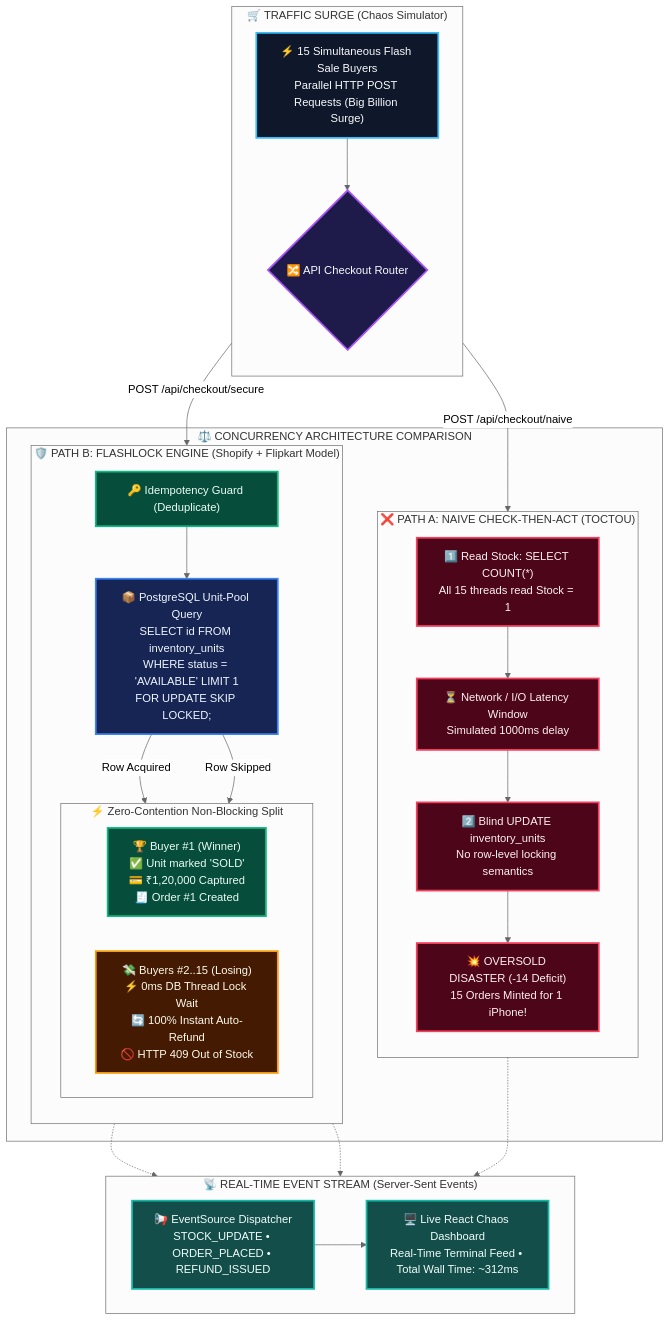
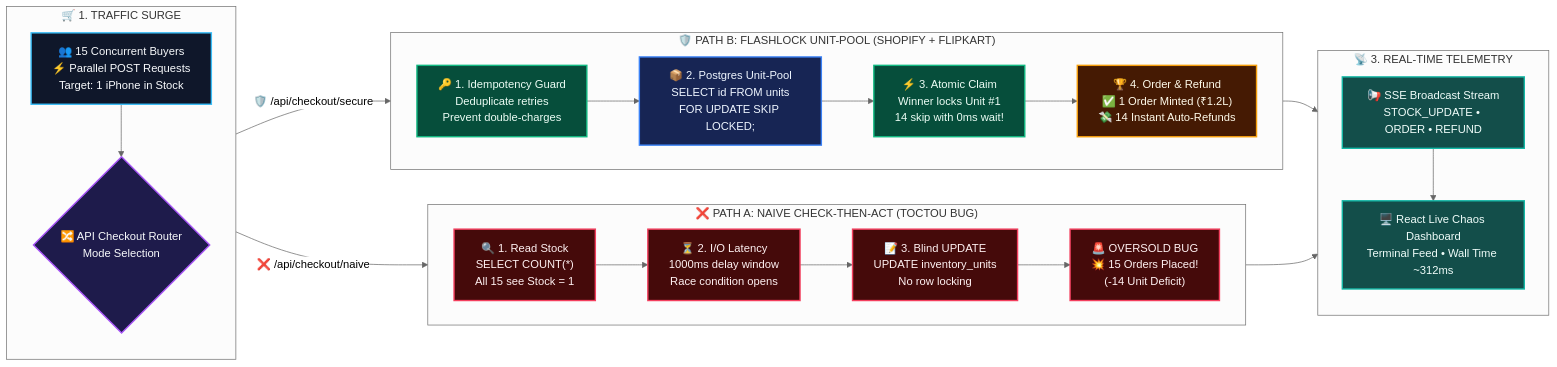
One commit to prabhattopi/flashlock changed the diagram in readme.md. Above: the diagram before and after it, drawn with Mermaid (neutral theme).

Commit message:
readme added

````diff
--- a/readme.md
+++ b/readme.md
@@ -34,73 +34,66 @@
 ```mermaid
-flowchart TB
+flowchart LR
     %% ==========================================
-    %% COLOR SCHEMES FOR SCREENSHOTS
+    %% PREMIUM COLOR PALETTES FOR SCREENSHOTS
     %% ==========================================
-    classDef clientStyle fill:#0f172a,stroke:#38bdf8,stroke-width:2.5px,color:#f8fafc;
-    classDef switchStyle fill:#1e1b4b,stroke:#a855f7,stroke-width:2.5px,color:#f8fafc;
-    classDef dangerStyle fill:#4c0519,stroke:#f43f5e,stroke-width:2.5px,color:#fff1f2;
-    classDef successStyle fill:#064e3b,stroke:#10b981,stroke-width:2.5px,color:#ecfdf5;
-    classDef refundStyle fill:#451a03,stroke:#f59e0b,stroke-width:2.5px,color:#fffbeb;
-    classDef dbStyle fill:#172554,stroke:#3b82f6,stroke-width:2.5px,color:#eff6ff;
-    classDef sseStyle fill:#134e4a,stroke:#14b8a6,stroke-width:2.5px,color:#f0fdfa;
+    classDef traffic fill:#0f172a,stroke:#38bdf8,stroke-width:2px,color:#f8fafc;
+    classDef router fill:#1e1b4b,stroke:#a855f7,stroke-width:2px,color:#f8fafc;
+    classDef naive fill:#450a0a,stroke:#f43f5e,stroke-width:2px,color:#fff1f2;
+    classDef secure fill:#064e3b,stroke:#10b981,stroke-width:2px,color:#ecfdf5;
+    classDef refund fill:#451a03,stroke:#f59e0b,stroke-width:2px,color:#fffbeb;
+    classDef db fill:#172554,stroke:#3b82f6,stroke-width:2px,color:#eff6ff;
+    classDef telemetry fill:#134e4a,stroke:#14b8a6,stroke-width:2px,color:#f0fdfa;
 
     %% ==========================================
-    %% TOP LAYER: CONCURRENT TRAFFIC
+    %% LEFT: TRAFFIC & ROUTING
     %% ==========================================
-    subgraph TRAFFIC_LAYER["🛒 TRAFFIC SURGE (Chaos Simulator)"]
+    subgraph TRAFFIC["🛒 1. TRAFFIC SURGE"]
         direction TB
-        BUYERS["⚡ 15 Simultaneous Flash Sale Buyers<br/>Parallel HTTP POST Requests (Big Billion Surge)"]:::clientStyle
-        ROUTER{"🔀 API Checkout Router"}:::switchStyle
+        BUYERS["👥 15 Concurrent Buyers<br/>⚡ Parallel POST Requests<br/>Target: 1 iPhone in Stock"]:::traffic
+        ROUTER{"🔀 API Checkout Router<br/>Mode Selection"}:::router
         BUYERS --> ROUTER
     end
 
     %% ==========================================
-    %% MIDDLE LAYER: COMPARISON PIPELINES
+    %% TOP LANE: NAIVE TOCTOU VULNERABILITY
     %% ==========================================
-    subgraph ARCHITECTURE["⚖️ CONCURRENCY ARCHITECTURE COMPARISON"]
-        
-        %% LEFT LANE: NAIVE PATH
-        subgraph LANE_A["❌ PATH A: NAIVE CHECK-THEN-ACT (TOCTOU)"]
-            direction TB
-            A1["1️⃣ Read Stock: SELECT COUNT(*)<br/>All 15 threads read Stock = 1"]:::dangerStyle
-            A2["⏳ Network / I/O Latency Window<br/>Simulated 1000ms delay"]:::dangerStyle
-            A3["2️⃣ Blind UPDATE inventory_units<br/>No row-level locking semantics"]:::dangerStyle
-            A4["💥 OVERSOLD DISASTER (-14 Deficit)<br/>15 Orders Minted for 1 iPhone!"]:::dangerStyle
-            A1 --> A2 --> A3 --> A4
-        end
-
-        %% RIGHT LANE: FLASHLOCK PATH
-        subgraph LANE_B["🛡️ PATH B: FLASHLOCK ENGINE (Shopify + Flipkart Model)"]
-            direction TB
-            B1["🔑 Idempotency Guard (Deduplicate)"]:::successStyle
-            B2["📦 PostgreSQL Unit-Pool Query<br/>SELECT id FROM inventory_units<br/>WHERE status = 'AVAILABLE' LIMIT 1<br/>FOR UPDATE SKIP LOCKED;"]:::dbStyle
-            
-            subgraph OUTCOMES["⚡ Zero-Contention Non-Blocking Split"]
-                direction LR
-                WIN["🏆 Buyer #1 (Winner)<br/>✅ Unit marked 'SOLD'<br/>💳 ₹1,20,000 Captured<br/>🧾 Order #1 Created"]:::successStyle
-                LOSE["💸 Buyers #2..15 (Losing)<br/>⚡ 0ms DB Thread Lock Wait<br/>🔄 100% Instant Auto-Refund<br/>🚫 HTTP 409 Out of Stock"]:::refundStyle
-            end
-
-            B1 --> B2
-            B2 -->|"Row Acquired"| WIN
-            B2 -->|"Row Skipped"| LOSE
-        end
+    subgraph LANE_A["❌ PATH A: NAIVE CHECK-THEN-ACT (TOCTOU BUG)"]
+        direction LR
+        N1["🔍 1. Read Stock<br/>SELECT COUNT(*)<br/>All 15 see Stock = 1"]:::naive
+        N2["⏳ 2. I/O Latency<br/>1000ms delay window<br/>Race condition opens"]:::naive
+        N3["📝 3. Blind UPDATE<br/>UPDATE inventory_units<br/>No row locking"]:::naive
+        N4["🚨 OVERSOLD BUG<br/>💥 15 Orders Placed!<br/>(-14 Unit Deficit)"]:::naive
+        N1 --> N2 --> N3 --> N4
     end
 
     %% ==========================================
-    %% BOTTOM LAYER: REAL-TIME TELEMETRY
+    %% BOTTOM LANE: FLASHLOCK PRODUCTION ENGINE
     %% ==========================================
-    subgraph TELEMETRY["📡 REAL-TIME EVENT STREAM (Server-Sent Events)"]
+    subgraph LANE_B["🛡️ PATH B: FLASHLOCK UNIT-POOL (SHOPIFY + FLIPKART)"]
         direction LR
-        SSE["📢 EventSource Dispatcher<br/>STOCK_UPDATE • ORDER_PLACED • REFUND_ISSUED"]:::sseStyle
-        DASH["🖥️ Live React Chaos Dashboard<br/>Real-Time Terminal Feed • Total Wall Time: ~312ms"]:::sseStyle
-        SSE --> DASH
+        B1["🔑 1. Idempotency Guard<br/>Deduplicate retries<br/>Prevent double-charges"]:::secure
+        B2["📦 2. Postgres Unit-Pool<br/>SELECT id FROM units<br/>FOR UPDATE SKIP LOCKED;"]:::db
+        B3["⚡ 3. Atomic Claim<br/>Winner locks Unit #1<br/>14 skip with 0ms wait!"]:::secure
+        B4["🏆 4. Order & Refund<br/>✅ 1 Order Minted (₹1.2L)<br/>💸 14 Instant Auto-Refunds"]:::refund
+        B1 --> B2 --> B3 --> B4
     end
 
-    ROUTER -->|"POST /api/checkout/naive"| LANE_A
-    ROUTER -->|"POST /api/checkout/secure"| LANE_B
+    %% ==========================================
+    %% RIGHT: REAL-TIME TELEMETRY
+    %% ==========================================
+    subgraph TELEMETRY["📡 3. REAL-TIME TELEMETRY"]
+        direction TB
+        SSE["📢 SSE Broadcast Stream<br/>STOCK_UPDATE • ORDER • REFUND"]:::telemetry
+        UI["🖥️ React Live Chaos Dashboard<br/>Terminal Feed • Wall Time ~312ms"]:::telemetry
+        SSE --> UI
+    end
 
-    A4 -.-> SSE
-    WIN -.-> SSE
-    LOSE -.-> SSE
+    %% ==========================================
+    %% CONNECTING PIPELINES
+    %% ==========================================
+    ROUTER -->|"❌ /api/checkout/naive"| N1
+    ROUTER -->|"🛡️ /api/checkout/secure"| B1
+
+    N4 --> SSE
+    B4 --> SSE
 ```
````
